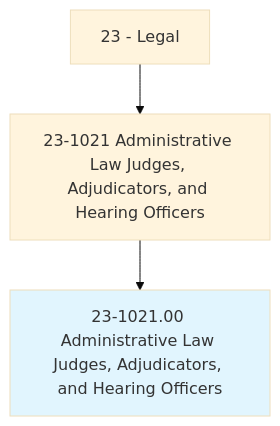
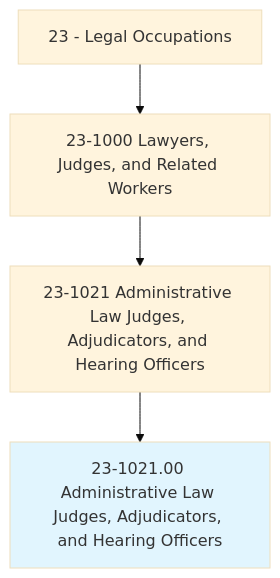
The first of 4 diagrams in occupations/Legal/AdministrativeLawJudgesAdjudicatorsAndHearingOfficers.mdx (kziemski/business.org.ai), drawn with Mermaid (base theme) before and after one commit. The commit also changed other lines of this file and 938 other files, not shown here.

````diff
--- a/occupations/Legal/AdministrativeLawJudgesAdjudicatorsAndHearingOfficers.mdx
+++ b/occupations/Legal/AdministrativeLawJudgesAdjudicatorsAndHearingOfficers.mdx
@@ -19,6 +23,7 @@
 ```mermaid
 graph TD
-    Cat23["23 - Legal"] --> Group231021["23-1021 Administrative Law Judges, Adjudicators, and Hearing Officers"]
-    Group231021 --> Current["23-1021.00 Administrative Law Judges, Adjudicators, and Hearing Officers"]
+    Cat23["23 - Legal Occupations"] --> Group231["23-1000 Lawyers, Judges, and Related Workers"]
+    Group231 --> Base1021["23-1021 Administrative Law Judges, Adjudicators, and Hearing Officers"]
+    Base1021 --> Current["23-1021.00 Administrative Law Judges, Adjudicators, and Hearing Officers"]
     style Current fill:#e1f5fe
 ```
````
